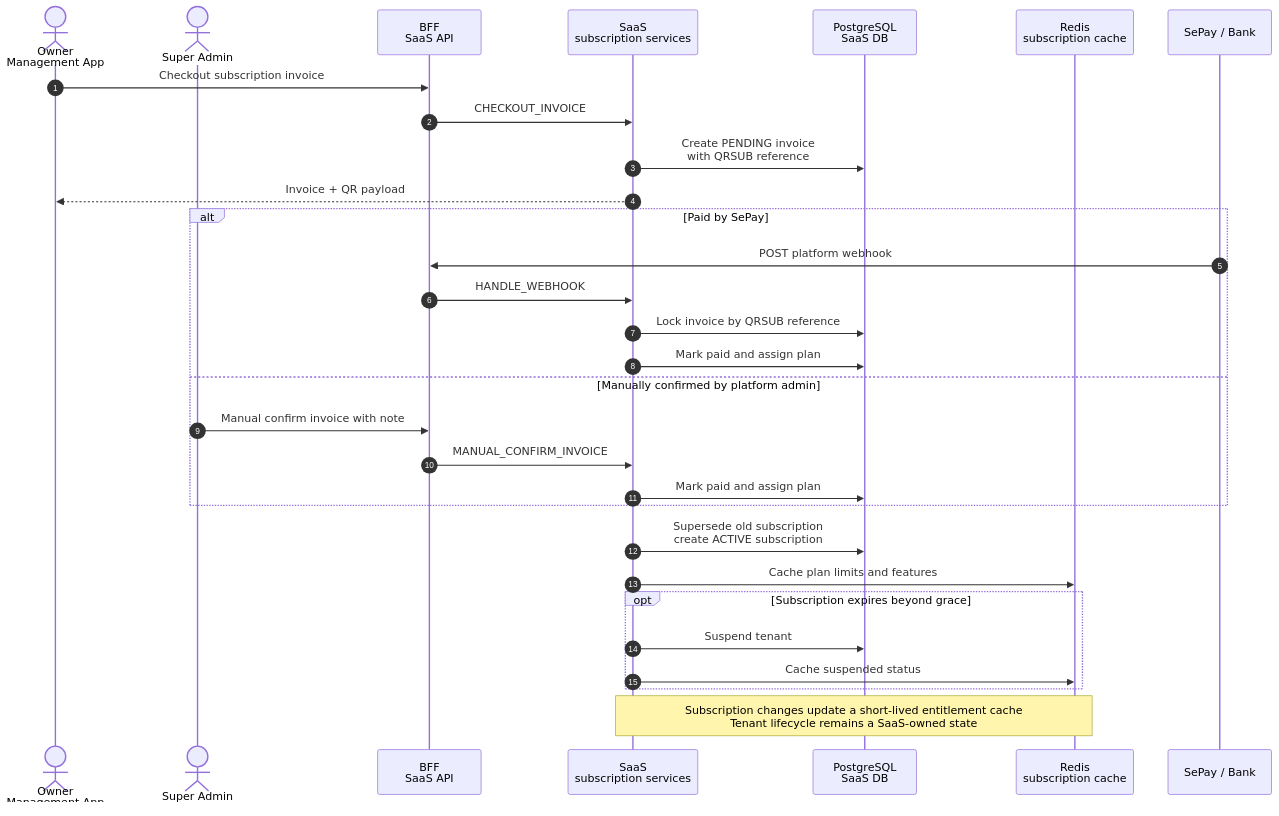
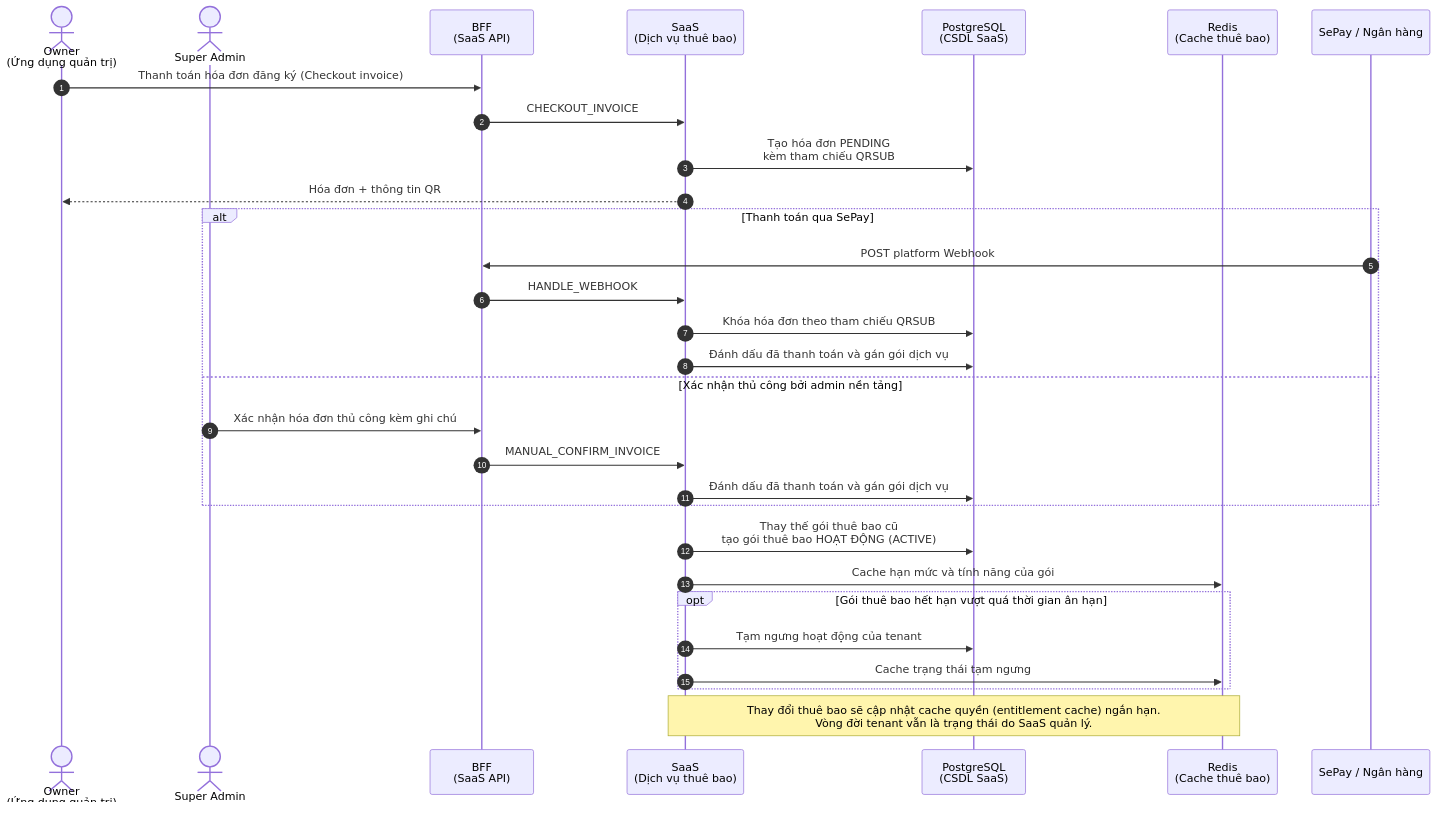
Before and after one commit to quan-vo-dinh/saas-pos-microservices-qrtable: the diagram in docs/graduation-thesis-resources/thesis-report/assets/diagrams/chapter5-saas-subscription-lifecycle.mmd, drawn with Mermaid. The commit also changed other lines of this file and 98 other files, not shown here.

```diff
--- a/docs/graduation-thesis-resources/thesis-report/assets/diagrams/chapter5-saas-subscription-lifecycle.mmd
+++ b/docs/graduation-thesis-resources/thesis-report/assets/diagrams/chapter5-saas-subscription-lifecycle.mmd
@@ -1,35 +1,35 @@
 sequenceDiagram
   autonumber
-  actor Owner as Owner<br/>Management App
+  actor Owner as Owner<br/>(Ứng dụng quản trị)
   actor Admin as Super Admin
-  participant BFF as BFF<br/>SaaS API
-  participant SaaS as SaaS<br/>subscription services
-  participant SDB as PostgreSQL<br/>SaaS DB
-  participant Redis as Redis<br/>subscription cache
-  participant Sepay as SePay / Bank
+  participant BFF as BFF<br/>(SaaS API)
+  participant SaaS as SaaS<br/>(Dịch vụ thuê bao)
+  participant SDB as PostgreSQL<br/>(CSDL SaaS)
+  participant Redis as Redis<br/>(Cache thuê bao)
+  participant Sepay as SePay / Ngân hàng
 
-  Owner->>BFF: Checkout subscription invoice
+  Owner->>BFF: Thanh toán hóa đơn đăng ký (Checkout invoice)
   BFF->>SaaS: CHECKOUT_INVOICE
-  SaaS->>SDB: Create PENDING invoice<br/>with QRSUB reference
-  SaaS-->>Owner: Invoice + QR payload
+  SaaS->>SDB: Tạo hóa đơn PENDING<br/>kèm tham chiếu QRSUB
+  SaaS-->>Owner: Hóa đơn + thông tin QR
 
-  alt Paid by SePay
-    Sepay->>BFF: POST platform webhook
+  alt Thanh toán qua SePay
+    Sepay->>BFF: POST platform Webhook
     BFF->>SaaS: HANDLE_WEBHOOK
-    SaaS->>SDB: Lock invoice by QRSUB reference
-    SaaS->>SDB: Mark paid and assign plan
-  else Manually confirmed by platform admin
-    Admin->>BFF: Manual confirm invoice with note
+    SaaS->>SDB: Khóa hóa đơn theo tham chiếu QRSUB
+    SaaS->>SDB: Đánh dấu đã thanh toán và gán gói dịch vụ
+  else Xác nhận thủ công bởi admin nền tảng
+    Admin->>BFF: Xác nhận hóa đơn thủ công kèm ghi chú
     BFF->>SaaS: MANUAL_CONFIRM_INVOICE
-    SaaS->>SDB: Mark paid and assign plan
+    SaaS->>SDB: Đánh dấu đã thanh toán và gán gói dịch vụ
   end
 
-  SaaS->>SDB: Supersede old subscription<br/>create ACTIVE subscription
-  SaaS->>Redis: Cache plan limits and features
+  SaaS->>SDB: Thay thế gói thuê bao cũ<br/>tạo gói thuê bao HOẠT ĐỘNG (ACTIVE)
+  SaaS->>Redis: Cache hạn mức và tính năng của gói
 
-  opt Subscription expires beyond grace
-    SaaS->>SDB: Suspend tenant
-    SaaS->>Redis: Cache suspended status
+  opt Gói thuê bao hết hạn vượt quá thời gian ân hạn
+    SaaS->>SDB: Tạm ngưng hoạt động của tenant
+    SaaS->>Redis: Cache trạng thái tạm ngưng
   end
 
-  Note over SaaS,Redis: Subscription changes update a short-lived entitlement cache<br/>Tenant lifecycle remains a SaaS-owned state
+  Note over SaaS,Redis: Thay đổi thuê bao sẽ cập nhật cache quyền (entitlement cache) ngắn hạn.<br/>Vòng đời tenant vẫn là trạng thái do SaaS quản lý.
```
